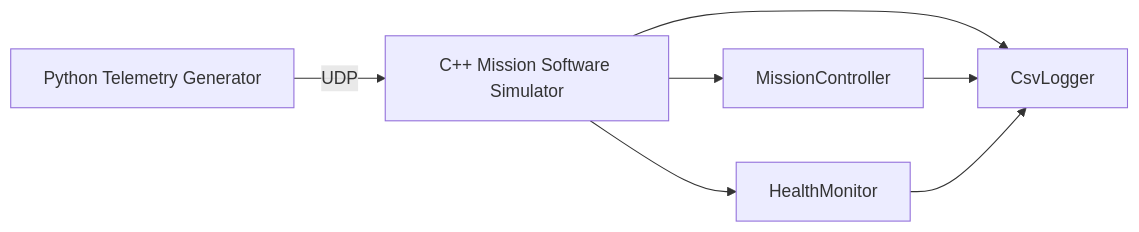
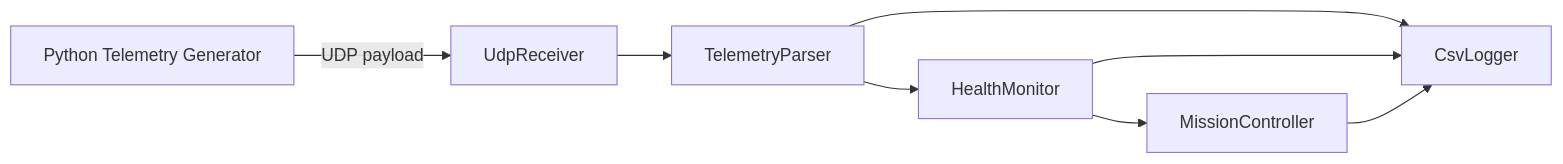
Before and after one commit to KimGyeongLock/UAV-Mission-Software-Simulator: the diagram in docs/architecture.md, drawn with Mermaid. The commit also changed other lines of this file and 3 other files, not shown here.

````diff
--- a/docs/architecture.md
+++ b/docs/architecture.md
@@ -9,9 +9,10 @@
 ```mermaid
 flowchart LR
-    A["Python Telemetry Generator"] -->|UDP| B["C++ Mission Software Simulator"]
-    B --> C["MissionController"]
-    B --> D["HealthMonitor"]
-    B --> E["CsvLogger"]
-    C --> E
-    D --> E
+    A["Python Telemetry Generator"] -->|UDP payload| B["UdpReceiver"]
+    B --> C["TelemetryParser"]
+    C --> D["HealthMonitor"]
+    D --> E["MissionController"]
+    C --> F["CsvLogger"]
+    D --> F
+    E --> F
 ```
````
